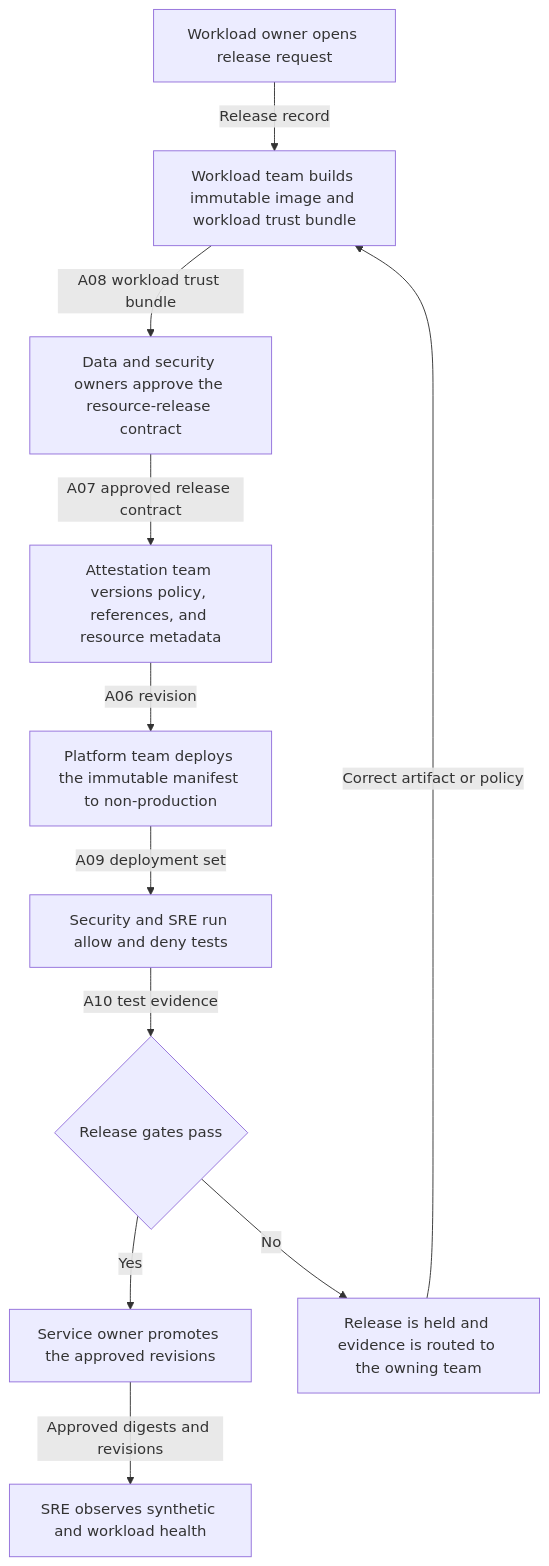
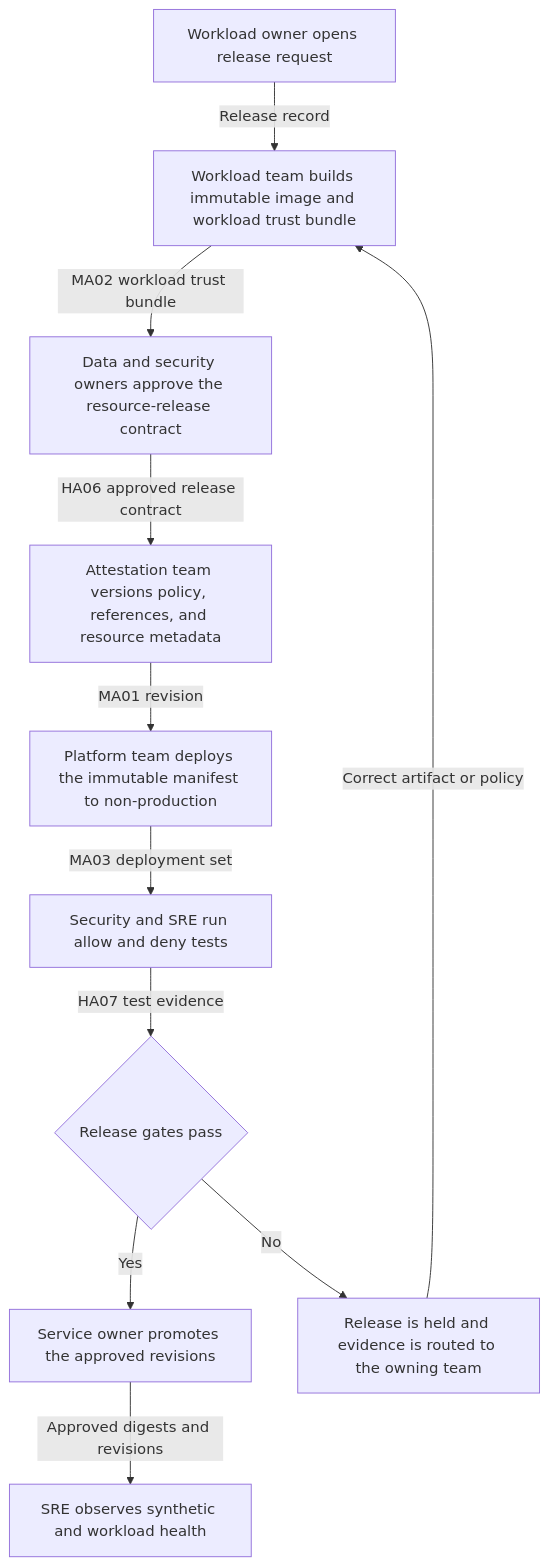
One commit to shpwrck/openshift-confidential-containers changed the second of 3 diagrams in docs/getting-started-and-operations.md. Above: the diagram before and after it, drawn with Mermaid. The commit also changed other lines of this file, not shown here.

````diff
--- a/docs/getting-started-and-operations.md
+++ b/docs/getting-started-and-operations.md
@@ -197,24 +198,24 @@
 ```mermaid
 flowchart TD
   A["Workload owner opens release request"]
   B["Workload team builds immutable image and workload trust bundle"]
   C["Data and security owners approve the resource-release contract"]
   D["Attestation team versions policy, references, and resource metadata"]
   E["Platform team deploys the immutable manifest to non-production"]
   F["Security and SRE run allow and deny tests"]
   G{"Release gates pass"}
   H["Service owner promotes the approved revisions"]
   I["SRE observes synthetic and workload health"]
   J["Release is held and evidence is routed to the owning team"]
 
   A -->|"Release record"| B
-  B -->|"A08 workload trust bundle"| C
-  C -->|"A07 approved release contract"| D
-  D -->|"A06 revision"| E
-  E -->|"A09 deployment set"| F
-  F -->|"A10 test evidence"| G
+  B -->|"MA02 workload trust bundle"| C
+  C -->|"HA06 approved release contract"| D
+  D -->|"MA01 revision"| E
+  E -->|"MA03 deployment set"| F
+  F -->|"HA07 test evidence"| G
   G -->|"No"| J
   J -->|"Correct artifact or policy"| B
   G -->|"Yes"| H
   H -->|"Approved digests and revisions"| I
 ```
````
